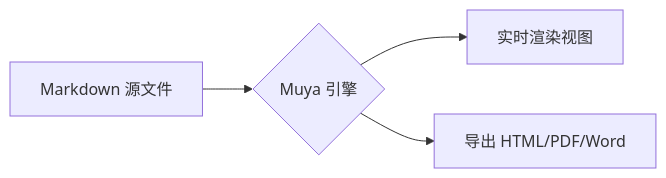
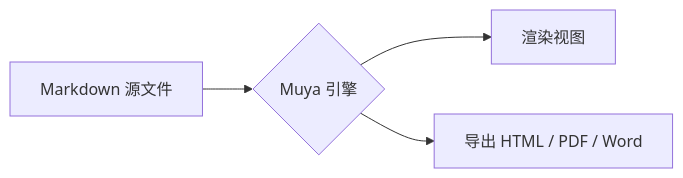
Before and after one commit to 1ATLAS0/InkMark: the diagram in demo.md, drawn with Mermaid. The commit also changed other lines of this file and 9 other files, not shown here.

````diff
--- a/demo.md
+++ b/demo.md
@@ -29,6 +31,6 @@
 ```mermaid
 graph LR
   A[Markdown 源文件] --> B{Muya 引擎}
-  B --> C[实时渲染视图]
-  B --> D[导出 HTML/PDF/Word]
+  B --> C[渲染视图]
+  B --> D[导出 HTML / PDF / Word]
 ```
````
